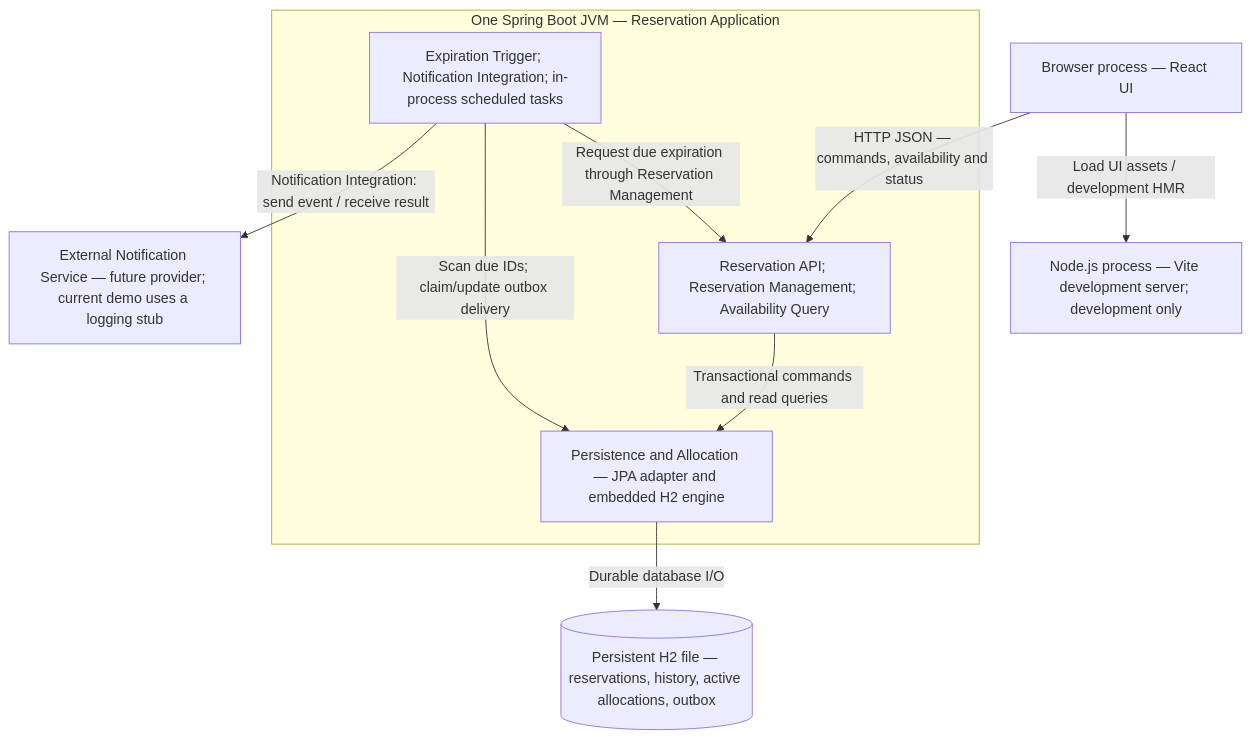
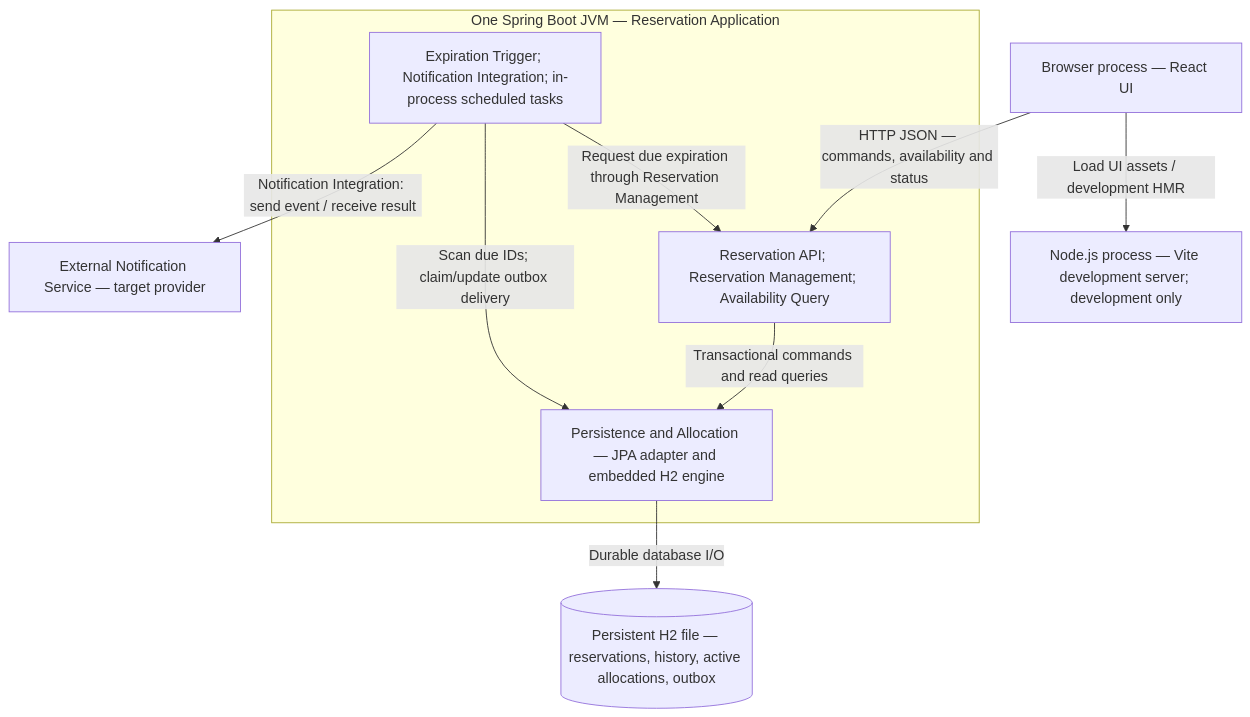
The fourth of 4 diagrams in docs/c03.md (ricardoboh/cinema_reservation), drawn with Mermaid before and after one commit. The commit also changed other lines of this file, not shown here.

First line of the commit message:
Enhance architecture documentation with detailed views

````diff
--- a/docs/c03.md
+++ b/docs/c03.md
@@ -254,20 +330,23 @@
 ```mermaid
 flowchart TB
     Browser["Browser process — React UI"]
     Vite["Node.js process — Vite development server; development only"]
+
     subgraph JVM["One Spring Boot JVM — Reservation Application"]
         App["Reservation API; Reservation Management; Availability Query"]
         Jobs["Expiration Trigger; Notification Integration; in-process scheduled tasks"]
         Store["Persistence and Allocation — JPA adapter and embedded H2 engine"]
+
         App -->|"Transactional commands and read queries"| Store
         Jobs -->|"Request due expiration through Reservation Management"| App
         Jobs -->|"Scan due IDs; claim/update outbox delivery"| Store
     end
+
     Disk[("Persistent H2 file — reservations, history, active allocations, outbox")]
-    Provider["External Notification Service — future provider; current demo uses a logging stub"]
+    Provider["External Notification Service — target provider"]
 
     Browser -->|"Load UI assets / development HMR"| Vite
     Browser -->|"HTTP JSON — commands, availability and status"| App
     Store -->|"Durable database I/O"| Disk
     Jobs -->|"Notification Integration: send event / receive result"| Provider
 ```
````
